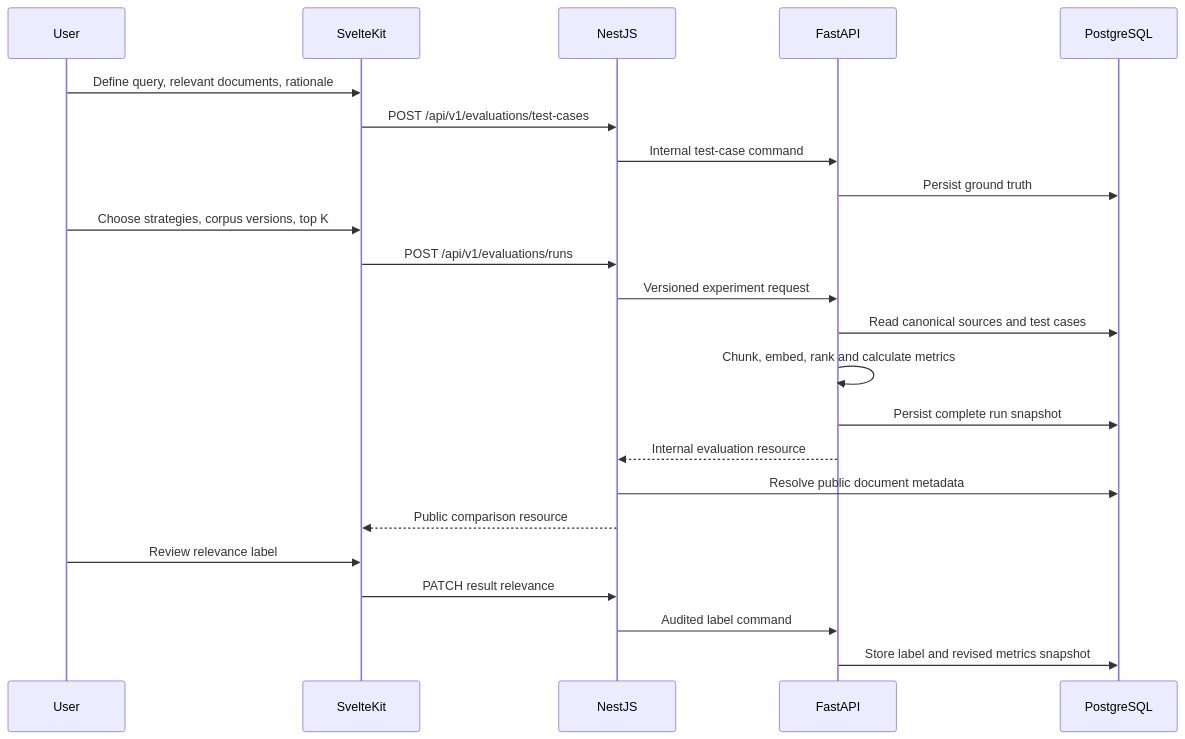
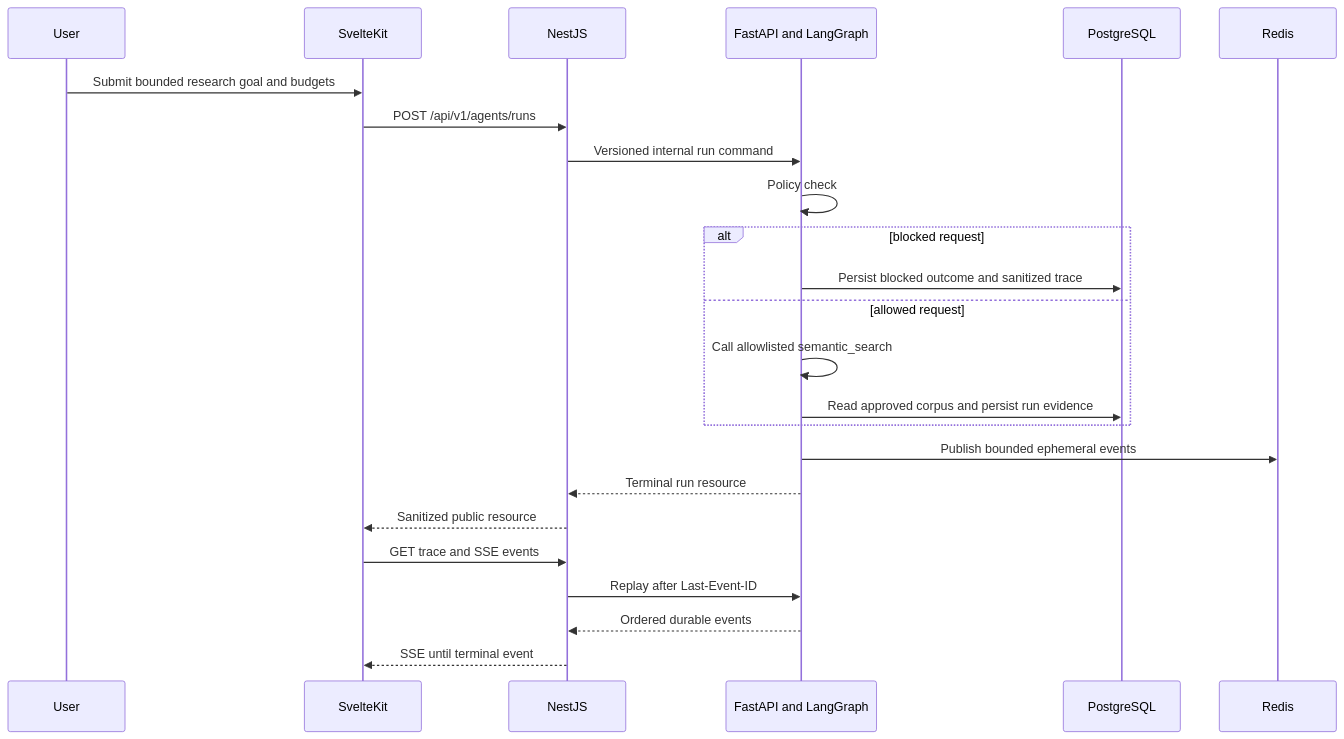
The diagram in 05-rag-agent-workflow-platform/docs/architecture.md (Path-Software-Engineer/RAG-Agentic-Software-Platform), drawn with Mermaid before and after one commit. The commit also changed other lines of this file and 87 other files, not shown here.

````diff
--- a/05-rag-agent-workflow-platform/docs/architecture.md
+++ b/05-rag-agent-workflow-platform/docs/architecture.md
@@ -36,26 +39,27 @@
 ```mermaid
 sequenceDiagram
     participant U as User
     participant W as SvelteKit
     participant N as NestJS
-    participant R as FastAPI
+    participant A as FastAPI and LangGraph
     participant P as PostgreSQL
+    participant R as Redis
 
-    U->>W: Define query, relevant documents, rationale
-    W->>N: POST /api/v1/evaluations/test-cases
-    N->>R: Internal test-case command
-    R->>P: Persist ground truth
-    U->>W: Choose strategies, corpus versions, top K
-    W->>N: POST /api/v1/evaluations/runs
-    N->>R: Versioned experiment request
-    R->>P: Read canonical sources and test cases
-    R->>R: Chunk, embed, rank and calculate metrics
-    R->>P: Persist complete run snapshot
-    R-->>N: Internal evaluation resource
-    N->>P: Resolve public document metadata
-    N-->>W: Public comparison resource
-    U->>W: Review relevance label
-    W->>N: PATCH result relevance
-    N->>R: Audited label command
-    R->>P: Store label and revised metrics snapshot
+    U->>W: Submit bounded research goal and budgets
+    W->>N: POST /api/v1/agents/runs
+    N->>A: Versioned internal run command
+    A->>A: Policy check
+    alt blocked request
+        A->>P: Persist blocked outcome and sanitized trace
+    else allowed request
+        A->>A: Call allowlisted semantic_search
+        A->>P: Read approved corpus and persist run evidence
+    end
+    A->>R: Publish bounded ephemeral events
+    A-->>N: Terminal run resource
+    N-->>W: Sanitized public resource
+    W->>N: GET trace and SSE events
+    N->>A: Replay after Last-Event-ID
+    A-->>N: Ordered durable events
+    N-->>W: SSE until terminal event
 ```
````
